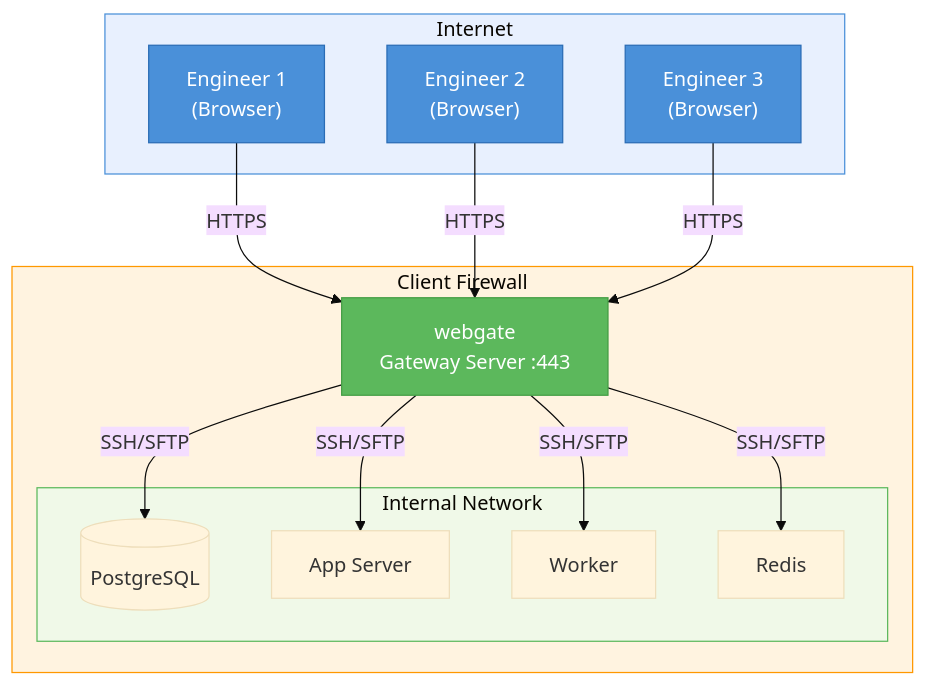
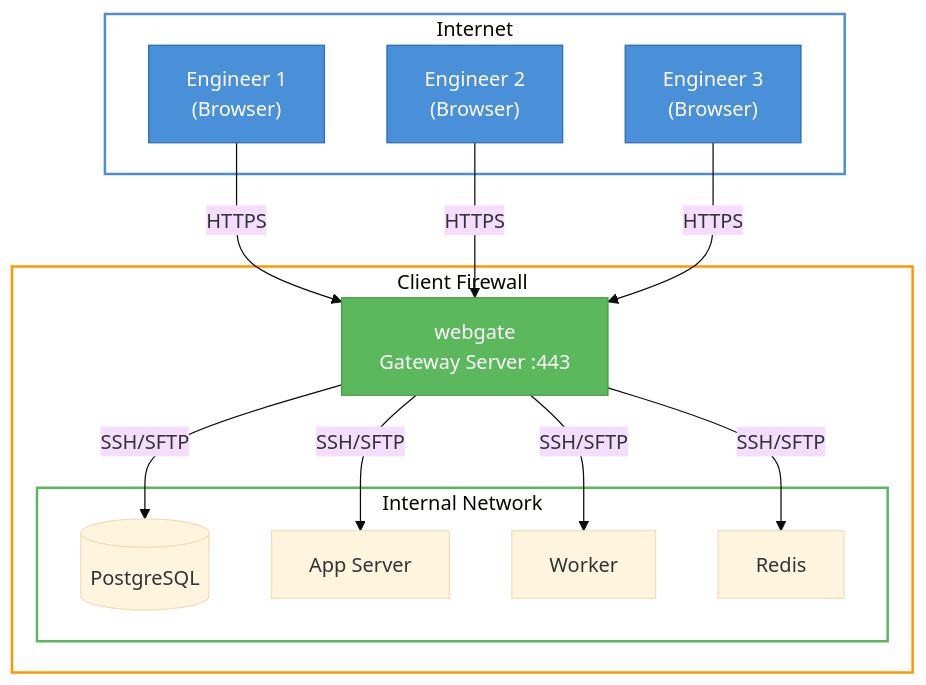
One commit to kalexnolasco/webgate changed the second of 8 diagrams in README.md. Above: the diagram before and after it, drawn with Mermaid (base theme). The commit also changed other lines of this file and 26 other files, not shown here.

````diff
--- a/README.md
+++ b/README.md
@@ -91,31 +91,31 @@
 ```mermaid
 flowchart TB
     subgraph internet ["Internet"]
         ENG1["Engineer 1<br/>(Browser)"]
         ENG2["Engineer 2<br/>(Browser)"]
         ENG3["Engineer 3<br/>(Browser)"]
     end
     subgraph firewall ["Client Firewall"]
         WG["webgate<br/>Gateway Server :443"]
         subgraph internal ["Internal Network"]
             DB1[(PostgreSQL)]
             APP1["App Server"]
             WORKER["Worker"]
             REDIS["Redis"]
         end
     end
     ENG1 -- "HTTPS" --> WG
     ENG2 -- "HTTPS" --> WG
     ENG3 -- "HTTPS" --> WG
     WG -- "SSH/SFTP" --> DB1
     WG -- "SSH/SFTP" --> APP1
     WG -- "SSH/SFTP" --> WORKER
     WG -- "SSH/SFTP" --> REDIS
-    style internet fill:#e8f0fe,stroke:#4a90d9
-    style firewall fill:#fff3e0,stroke:#ff9800
-    style internal fill:#f0f9e8,stroke:#5cb85c
+    style internet fill:none,stroke:#4a90d9,stroke-width:2px
+    style firewall fill:none,stroke:#ff9800,stroke-width:2px
+    style internal fill:none,stroke:#5cb85c,stroke-width:2px
     style WG fill:#5cb85c,stroke:#449d44,color:#fff
     style ENG1 fill:#4a90d9,stroke:#2a6cb5,color:#fff
     style ENG2 fill:#4a90d9,stroke:#2a6cb5,color:#fff
     style ENG3 fill:#4a90d9,stroke:#2a6cb5,color:#fff
 ```
````
